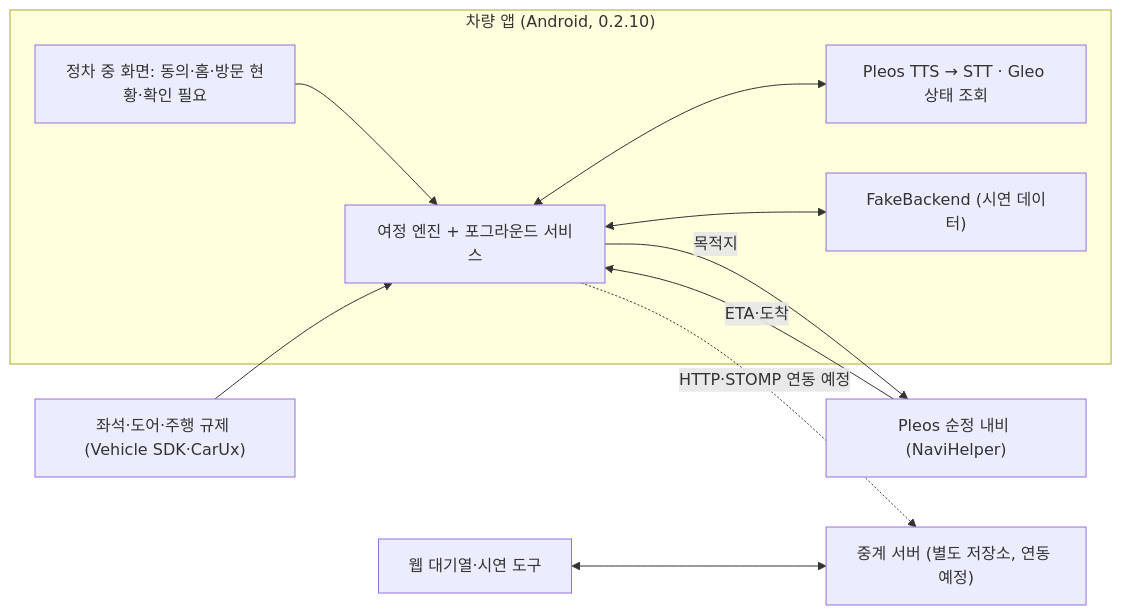
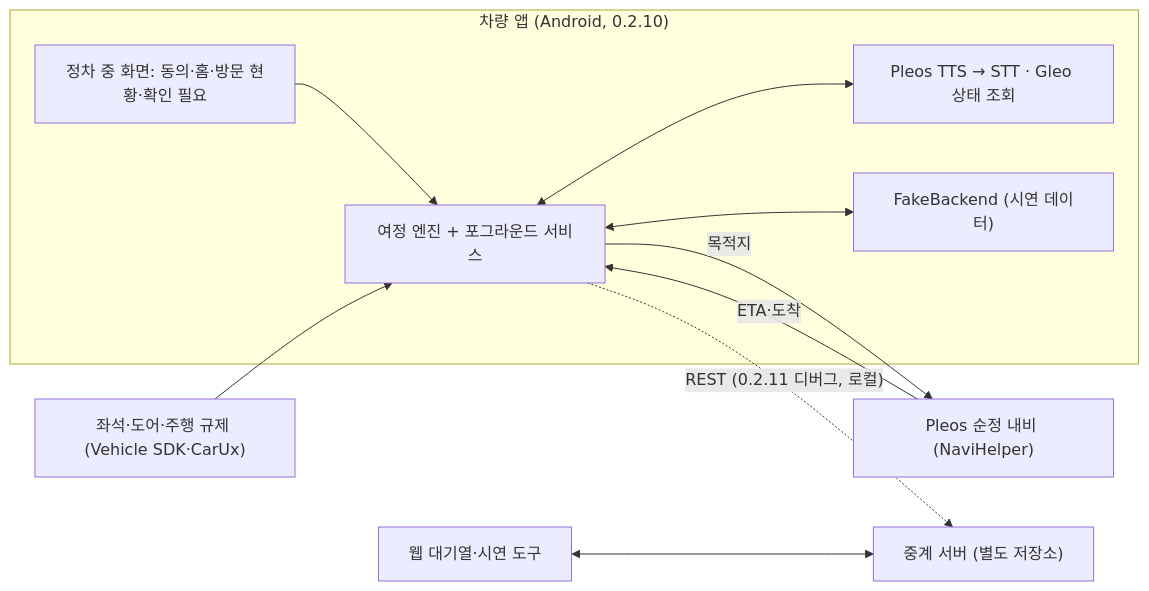
The diagram in README.md (smartjourney-pleos/smart-journey-main), drawn with Mermaid before and after one commit. The commit also changed other lines of this file and 2 other files, not shown here.

First line of the commit message:
docs: 서버·웹 POS와 함께 실행하는 방법과 0.2.11 서버 연동 디버그 APK

````diff
--- a/README.md
+++ b/README.md
@@ -150,19 +190,19 @@
 ```mermaid
 flowchart LR
   subgraph CAR["차량 앱 (Android, 0.2.10)"]
     UI["정차 중 화면: 동의·홈·방문 현황·확인 필요"]
     ENGINE["여정 엔진 + 포그라운드 서비스"]
     VOICE["Pleos TTS → STT · Gleo 상태 조회"]
     FAKE["FakeBackend (시연 데이터)"]
     UI --> ENGINE
     ENGINE <--> VOICE
     ENGINE <--> FAKE
   end
   NAVI["Pleos 순정 내비 (NaviHelper)"] -->|"ETA·도착"| ENGINE
   ENGINE -->|"목적지"| NAVI
   VEH["좌석·도어·주행 규제 (Vehicle SDK·CarUx)"] --> ENGINE
-  SERVER["중계 서버 (별도 저장소, 연동 예정)"]
+  SERVER["중계 서버 (별도 저장소)"]
   WEB["웹 대기열·시연 도구"]
-  ENGINE -. "HTTP·STOMP 연동 예정" .-> SERVER
+  ENGINE -. "REST (0.2.11 디버그, 로컬)" .-> SERVER
   WEB <--> SERVER
 ```
````
